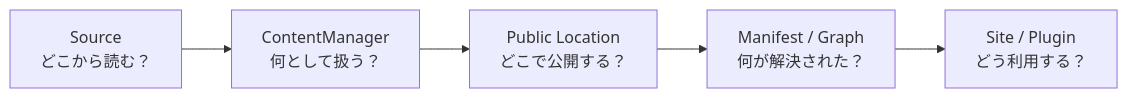
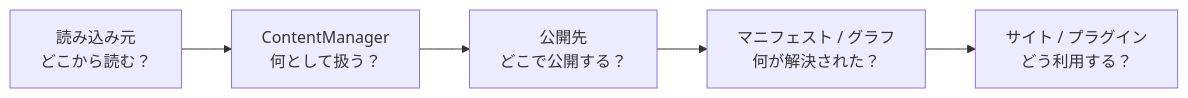
Before and after one commit to Rerurate514/riebeckite: diagram 13 of 13 in docs/docs/framework/content-system.ja.md, drawn with Mermaid. The commit also changed other lines of this file and 310 other files, not shown here.

````diff
--- a/docs/docs/framework/content-system.ja.md
+++ b/docs/docs/framework/content-system.ja.md
@@ -528,13 +466,13 @@
 ```mermaid id="gjgygr"
 flowchart LR
-    Source["Source<br/>どこから読む？"]
+    Source["読み込み元<br/>どこから読む？"]
     Content["ContentManager<br/>何として扱う？"]
-    Public["Public Location<br/>どこで公開する？"]
-    Index["Manifest / Graph<br/>何が解決された？"]
-    Consumer["Site / Plugin<br/>どう利用する？"]
+    Public["公開先<br/>どこで公開する？"]
+    Index["マニフェスト / グラフ<br/>何が解決された？"]
+    Consumer["サイト / プラグイン<br/>どう利用する？"]
 
     Source --> Content
     Content --> Public
     Public --> Index
     Index --> Consumer
 ```
````
